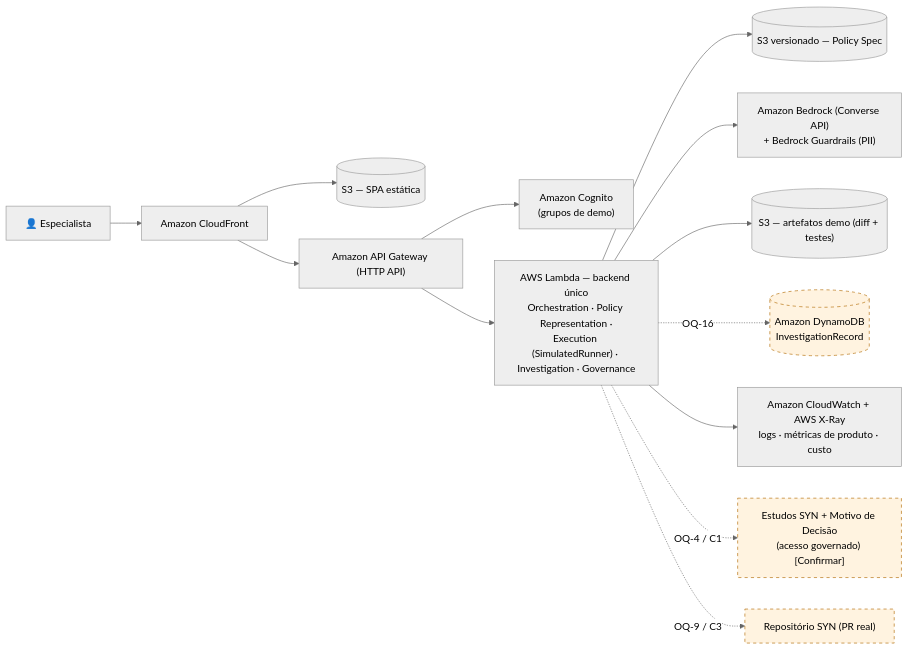
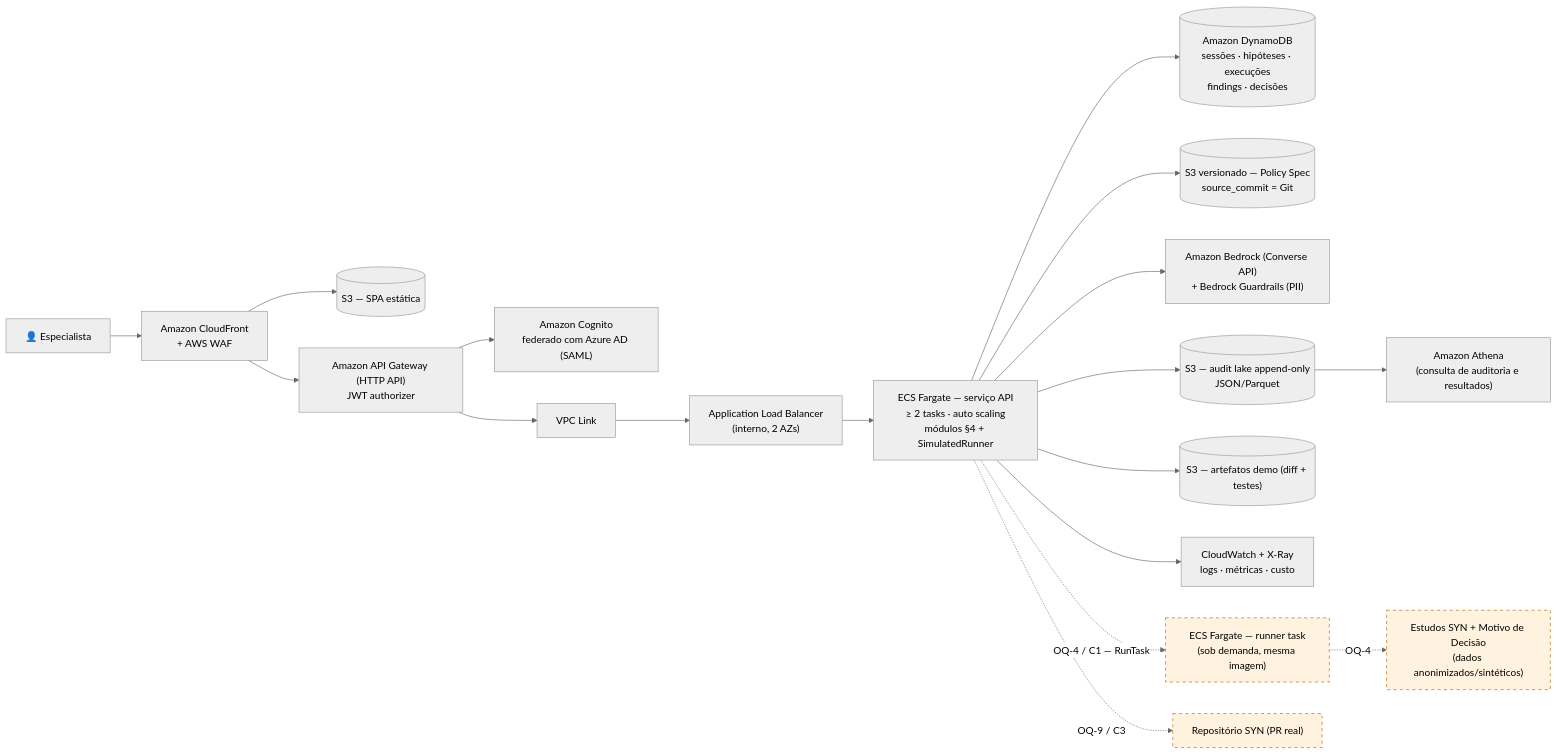
Before and after one commit to Jaquelaurenti/policy-playground-spec: diagram 11 of 12 in .kiro/specs/policy-playground/design.md, drawn with Mermaid (neutral theme). The commit also changed other lines of this file and 7 other files, not shown here.

````diff
--- a/.kiro/specs/policy-playground/design.md
+++ b/.kiro/specs/policy-playground/design.md
@@ -620,18 +677,22 @@
 ```mermaid
 flowchart LR
-    User["👤 Especialista"] --> CF["Amazon CloudFront"]
+    User["👤 Especialista"] --> CF["Amazon CloudFront\n+ AWS WAF"]
     CF --> S3UI[("S3 — SPA estática")]
-    CF --> APIGW["Amazon API Gateway (HTTP API)"]
-    APIGW --> COG["Amazon Cognito\n(grupos de demo)"]
-    APIGW --> FN["AWS Lambda — backend único\nOrchestration · Policy Representation ·\nExecution (SimulatedRunner) · Investigation · Governance"]
-    FN --> S3SPEC[("S3 versionado — Policy Spec")]
-    FN --> BR["Amazon Bedrock (Converse API)\n+ Bedrock Guardrails (PII)"]
-    FN --> S3ART[("S3 — artefatos demo (diff + testes)")]
-    FN -. "OQ-16" .-> DDB[("Amazon DynamoDB\nInvestigationRecord")]
-    FN --> CW["Amazon CloudWatch + AWS X-Ray\nlogs · métricas de produto · custo"]
-    FN -. "OQ-4 / C1" .-> SYN["Estudos SYN + Motivo de Decisão\n(acesso governado) [Confirmar]"]
-    FN -. "OQ-9 / C3" .-> GH["Repositório SYN (PR real)"]
+    CF --> APIGW["Amazon API Gateway (HTTP API)\nJWT authorizer"]
+    APIGW --> COG["Amazon Cognito\nfederado com Azure AD (SAML)"]
+    APIGW --> VPCL["VPC Link"] --> ALB["Application Load Balancer\n(interno, 2 AZs)"]
+    ALB --> API["ECS Fargate — serviço API\n≥ 2 tasks · auto scaling\nmódulos §4 + SimulatedRunner"]
+    API --> DDB[("Amazon DynamoDB\nsessões · hipóteses · execuções\nfindings · decisões")]
+    API --> S3SPEC[("S3 versionado — Policy Spec\nsource_commit = Git")]
+    API --> BR["Amazon Bedrock (Converse API)\n+ Bedrock Guardrails (PII)"]
+    API --> AUD[("S3 — audit lake append-only\nJSON/Parquet")]
+    AUD --> ATH["Amazon Athena\n(consulta de auditoria e resultados)"]
+    API --> S3ART[("S3 — artefatos demo (diff + testes)")]
+    API --> CW["CloudWatch + X-Ray\nlogs · métricas · custo"]
+    API -. "OQ-4 / C1 — RunTask" .-> RUN["ECS Fargate — runner task\n(sob demanda, mesma imagem)"]
+    RUN -. "OQ-4" .-> SYN["Estudos SYN + Motivo de Decisão\n(dados anonimizados/sintéticos)"]
+    API -. "OQ-9 / C3" .-> GH["Repositório SYN (PR real)"]
 
     classDef conditional stroke-dasharray:5 5,stroke:#b26a00,color:#000,fill:#fff3e0;
-    class DDB,SYN,GH conditional;
+    class RUN,SYN,GH conditional;
 ```
````
